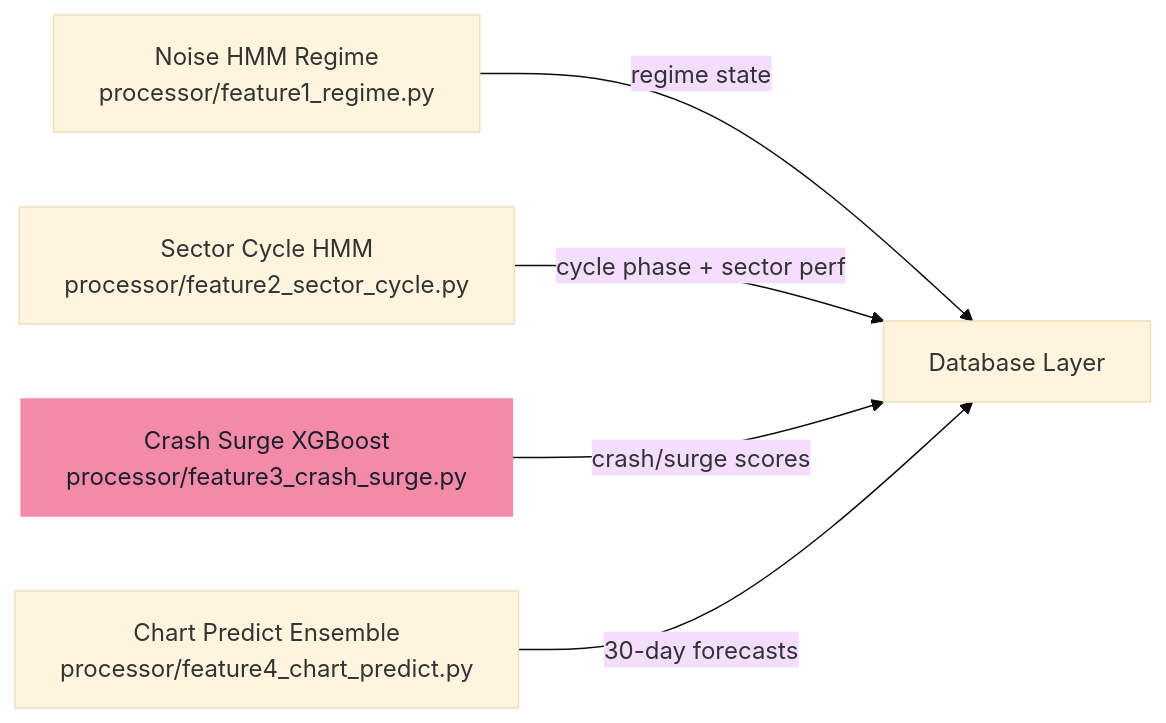
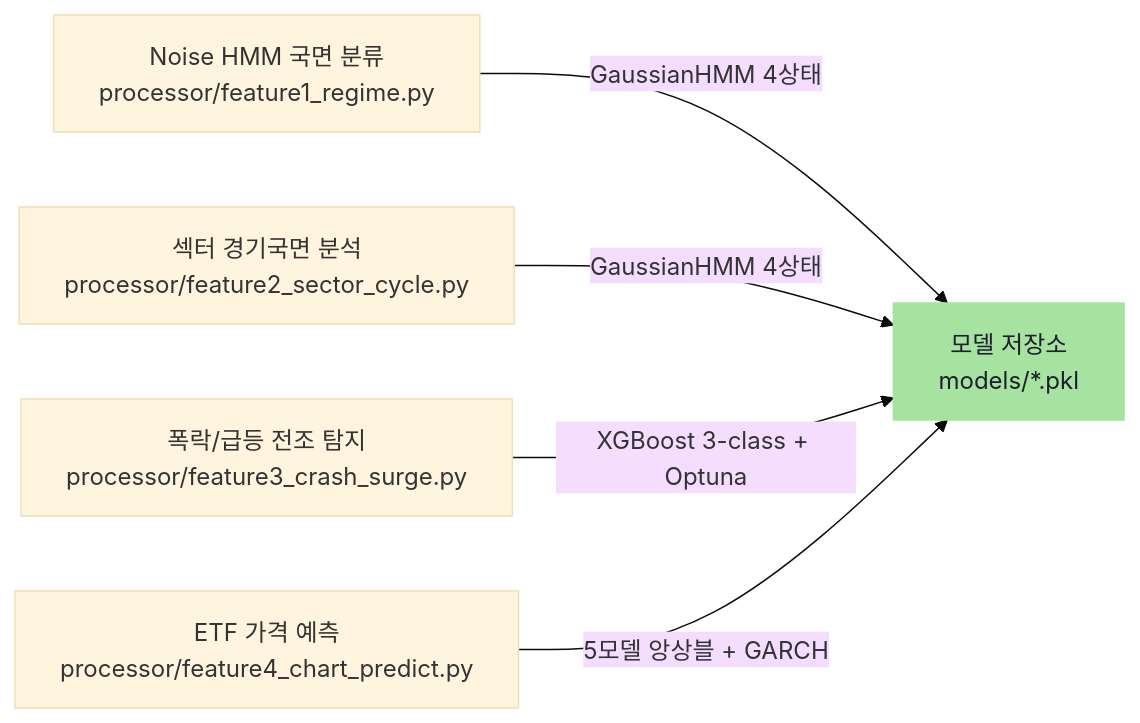
Before and after one commit to wonderfulawsome/Asset-Analysis-Platform: the diagram in .omm/overall-architecture/processor-layer/diagram.mmd, drawn with Mermaid (base theme). The commit also changed 153 other files, not shown here.

```diff
--- a/.omm/overall-architecture/processor-layer/diagram.mmd
+++ b/.omm/overall-architecture/processor-layer/diagram.mmd
@@ -1,13 +1,13 @@
 graph LR
-    noise-hmm["Noise HMM Regime\nprocessor/feature1_regime.py"]
-    sector-cycle["Sector Cycle HMM\nprocessor/feature2_sector_cycle.py"]
-    crash-surge-xgb["Crash Surge XGBoost\nprocessor/feature3_crash_surge.py"]
-    chart-predict["Chart Predict Ensemble\nprocessor/feature4_chart_predict.py"]
+    noise-hmm["Noise HMM 국면 분류\nprocessor/feature1_regime.py"]
+    sector-cycle["섹터 경기국면 분석\nprocessor/feature2_sector_cycle.py"]
+    crash-surge-xgb["폭락/급등 전조 탐지\nprocessor/feature3_crash_surge.py"]
+    chart-predict["ETF 가격 예측\nprocessor/feature4_chart_predict.py"]
 
-    noise-hmm -->|"regime state"| db["Database Layer"]
-    sector-cycle -->|"cycle phase + sector perf"| db
-    crash-surge-xgb -->|"crash/surge scores"| db
-    chart-predict -->|"30-day forecasts"| db
+    noise-hmm -->|"GaussianHMM 4상태"| models["모델 저장소\nmodels/*.pkl"]
+    sector-cycle -->|"GaussianHMM 4상태"| models
+    crash-surge-xgb -->|"XGBoost 3-class + Optuna"| models
+    chart-predict -->|"5모델 앙상블 + GARCH"| models
 
-    classDef concern fill:#f38ba8,stroke:#f38ba8,color:#1e1e2e
-    class crash-surge-xgb concern
+    classDef store fill:#a6e3a1,stroke:#a6e3a1,color:#1e1e2e
+    class models store
```
